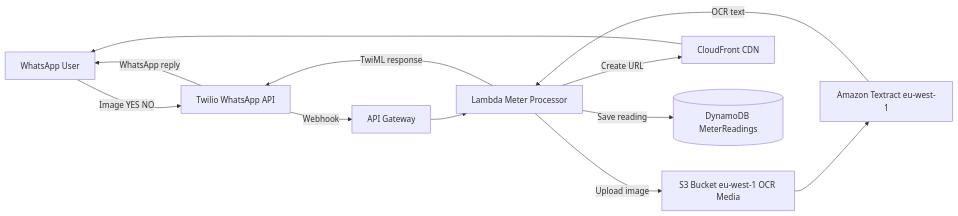
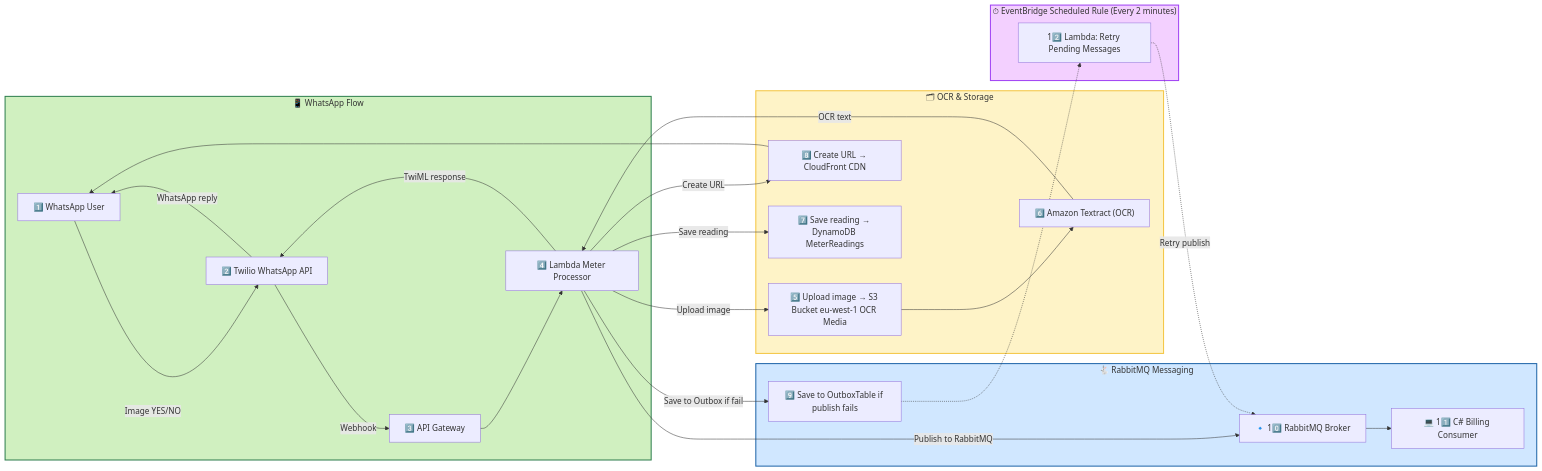
One commit to Mphozazo/Whatsapp-meter-reading-system changed the diagram in src/python/README.md. Above: the diagram before and after it, drawn with Mermaid. The commit also changed other lines of this file, not shown here.

````diff
--- a/src/python/README.md
+++ b/src/python/README.md
@@ -5,30 +5,58 @@
 ```mermaid
+
 flowchart LR
-    User[WhatsApp User]
-    Twilio[Twilio WhatsApp API]
-    APIGW[API Gateway]
-    Lambda[Lambda Meter Processor]
+    %% ================= WhatsApp Flow =================
+    subgraph WhatsApp["📱 WhatsApp Flow"]
+        style WhatsApp fill:#d0f0c0,stroke:#2f7f4f,stroke-width:2px
+        User["1️⃣ WhatsApp User"]
+        Twilio["2️⃣ Twilio WhatsApp API"]
+        APIGW["3️⃣ API Gateway"]
+        User -->|Image YES/NO| Twilio
+        Twilio -->|Webhook| APIGW
+        APIGW --> Lambda
+        Lambda["4️⃣ Lambda Meter Processor"]
+        Lambda -->|TwiML response| Twilio
+        Twilio -->|WhatsApp reply| User
+    end
 
-    
-    S3EU[S3 Bucket eu-west-1 OCR Media]
-    CF[CloudFront CDN]
-    Textract[Amazon Textract eu-west-1]
-    DDB[(DynamoDB MeterReadings)]
+    %% ================= OCR & Storage =================
+    subgraph OCR_Storage["🗂 OCR & Storage"]
+        style OCR_Storage fill:#fef3c7,stroke:#f4c542,stroke-width:2px
+        S3EU["5️⃣ Upload image → S3 Bucket eu-west-1 OCR Media"]
+        CF["8️⃣ Create URL → CloudFront CDN"]
+        Textract["6️⃣ Amazon Textract (OCR)"]
+        DDB["7️⃣ Save reading → DynamoDB MeterReadings"]
+        
+        Lambda -->|Upload image| S3EU
+        S3EU --> Textract
+        Textract -->|OCR text| Lambda
+        Lambda -->|Save reading| DDB
+        Lambda -->|Create URL| CF
+        CF --> User
+    end
 
-    User -->|Image YES NO| Twilio
-    Twilio -->|Webhook| APIGW
-    APIGW --> Lambda
+    %% ================= Messaging / RabbitMQ =================
+    subgraph Messaging["🐇 RabbitMQ Messaging"]
+        style Messaging fill:#d0e7ff,stroke:#1f65a8,stroke-width:2px
+        Outbox["9️⃣ Save to OutboxTable if publish fails"]
+        RabbitMQ["🔹 10️⃣ RabbitMQ Broker"]
+        Billing["💻 11️⃣ C# Billing Consumer"]
 
-    
-    Lambda -->|Upload image| S3EU
-    S3EU --> Textract
-    Textract -->|OCR text| Lambda
+        %% Immediate publish
+        Lambda -->|Publish to RabbitMQ| RabbitMQ
+        RabbitMQ --> Billing
 
-    Lambda -->|Save reading| DDB
-    Lambda -->|Create URL| CF
-    CF --> User
+        %% Save failed publish
+        Lambda -->|Save to Outbox if fail| Outbox
+    end
 
-    Lambda -->|TwiML response| Twilio
-    Twilio -->|WhatsApp reply| User
+    %% ================= Scheduled Retry =================
+    subgraph EventBridge["⏱ EventBridge Scheduled Rule (Every 2 minutes)"]
+        style EventBridge fill:#f3d0ff,stroke:#a042f4,stroke-width:2px
+        EventLambda["12️⃣ Lambda: Retry Pending Messages"]
+        Outbox -.-> EventLambda
+        EventLambda -.->|Retry publish| RabbitMQ
+    end
+
 
 ```
````
